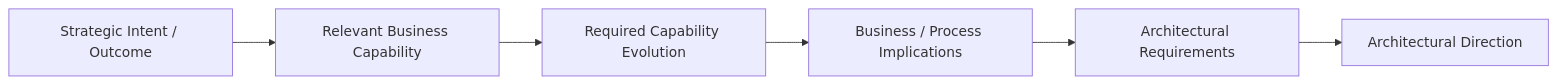
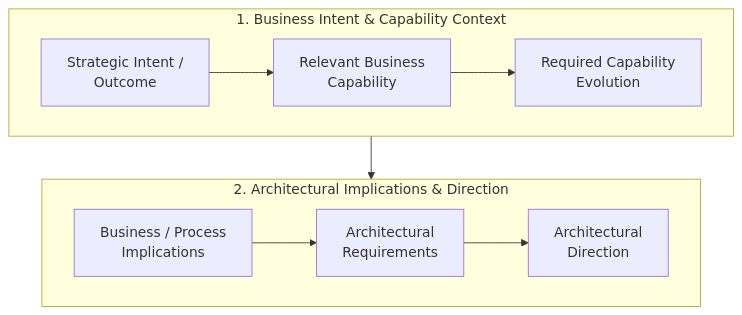
The first of 16 diagrams in docs/sop/02-target-architecture.md (avfranco-br/portfolio), drawn with Mermaid before and after one commit. The commit also changed other lines of this file and 10 other files, not shown here.

Commit message:
Refactor Mermaid diagrams across SOP and methods documentation for legibility

````diff
--- a/docs/sop/02-target-architecture.md
+++ b/docs/sop/02-target-architecture.md
@@ -31,14 +31,16 @@
 ```mermaid
-flowchart LR
-    A["Strategic Intent / Outcome"]
-    B["Relevant Business Capability"]
-    C["Required Capability Evolution"]
-    D["Business / Process Implications"]
-    E["Architectural Requirements"]
-    F["Architectural Direction"]
-    A --> B
-    B --> C
+flowchart TD
+    subgraph Context["1. Business Intent & Capability Context"]
+        direction LR
+        A["Strategic Intent /<br/>Outcome"] --> B["Relevant Business<br/>Capability"]
+        B --> C["Required Capability<br/>Evolution"]
+    end
+
+    subgraph Direction["2. Architectural Implications & Direction"]
+        direction LR
+        D["Business / Process<br/>Implications"] --> E["Architectural<br/>Requirements"]
+        E --> F["Architectural<br/>Direction"]
+    end
+
     C --> D
-    D --> E
-    E --> F
 ```
````
